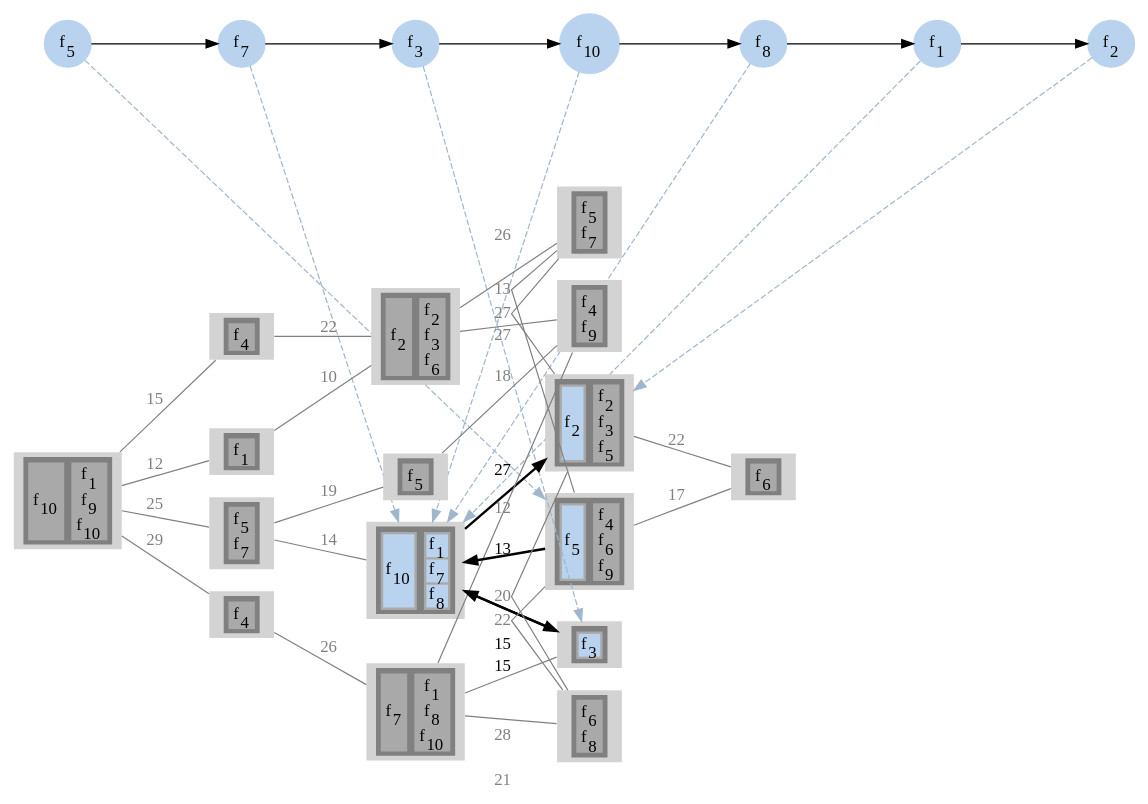
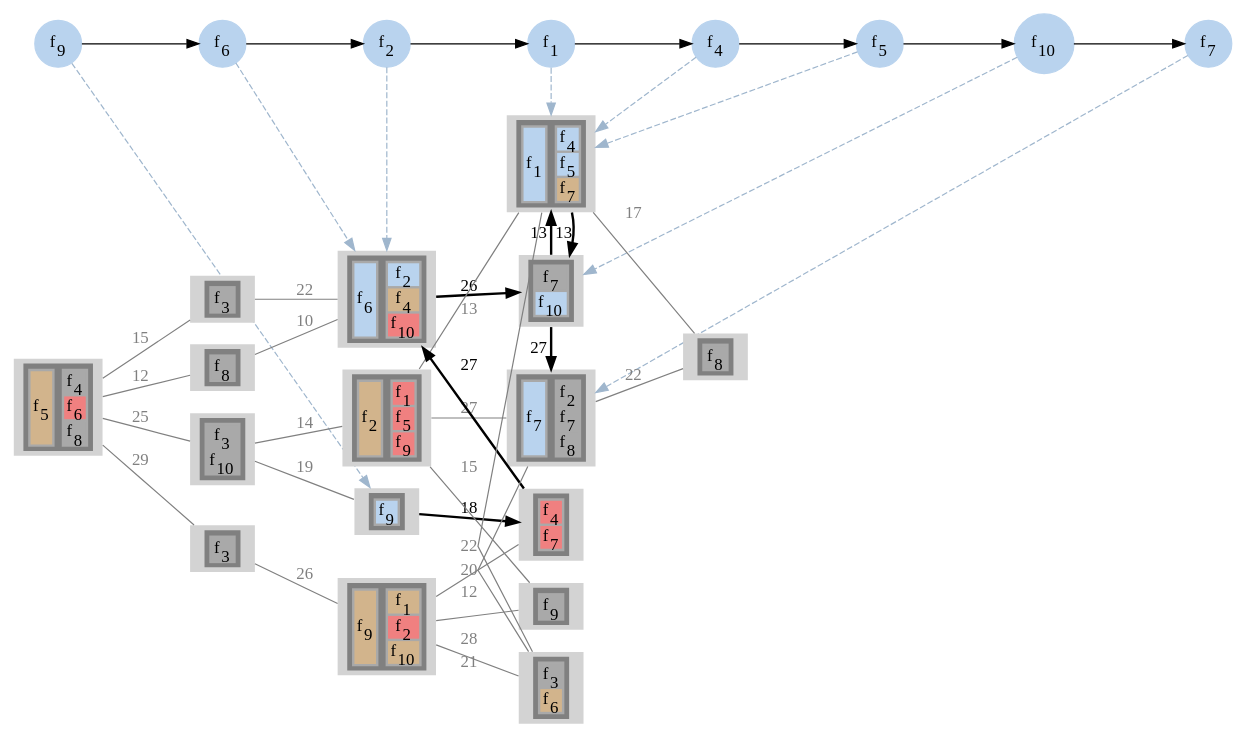
Before and after one commit to prateekshyap/SFC_Placement_in_VNF: the diagram in output/sevenReliabilityOne/gv/sfcAssgn1.gv, drawn with Graphviz. The commit also changed 80 other files, not shown here.

```diff
--- a/output/sevenReliabilityOne/gv/sfcAssgn1.gv
+++ b/output/sevenReliabilityOne/gv/sfcAssgn1.gv
@@ -5,26 +5,29 @@
 subgraph sfc
 {
 node [shape=circle]
+{rank = same; f9; };
+{rank = same; f6; };
+{rank = same; f2; };
+{rank = same; f1; };
+{rank = same; f4; };
 {rank = same; f5; };
+{rank = same; f10; };
 {rank = same; f7; };
-{rank = same; f3; };
-{rank = same; f10; };
-{rank = same; f8; };
-{rank = same; f1; };
-{rank = same; f2; };
+f9[style=filled label=<f<SUB>9</SUB>> color="slategray2"]
+f6[style=filled label=<f<SUB>6</SUB>> color="slategray2"]
+f2[style=filled label=<f<SUB>2</SUB>> color="slategray2"]
+f1[style=filled label=<f<SUB>1</SUB>> color="slategray2"]
+f4[style=filled label=<f<SUB>4</SUB>> color="slategray2"]
 f5[style=filled label=<f<SUB>5</SUB>> color="slategray2"]
+f10[style=filled label=<f<SUB>10</SUB>> color="slategray2"]
 f7[style=filled label=<f<SUB>7</SUB>> color="slategray2"]
-f3[style=filled label=<f<SUB>3</SUB>> color="slategray2"]
-f10[style=filled label=<f<SUB>10</SUB>> color="slategray2"]
-f8[style=filled label=<f<SUB>8</SUB>> color="slategray2"]
-f1[style=filled label=<f<SUB>1</SUB>> color="slategray2"]
-f2[style=filled label=<f<SUB>2</SUB>> color="slategray2"]
-f5 -> f7
-f7 -> f3
-f3 -> f10
-f10 -> f8
-f8 -> f1
-f1 -> f2
+f9 -> f6
+f6 -> f2
+f2 -> f1
+f1 -> f4
+f4 -> f5
+f5 -> f10
+f10 -> f7
 }
 subgraph network
 {
@@ -34,20 +37,316 @@
 {rank = same; 4; 6; 7; 9; };
 {rank = same; 5; 11; 10; 14; 12; 13; };
 {rank = same; 16; };
+7[style=filled
+label=<
+<TABLE BORDER="0" BGCOLOR="gray">
+<TR>
+<TD>
+<TABLE BORDER="0" BGCOLOR="darkgray">
+<TR><TD PORT="f31" BGCOLOR="slategray2">f<SUB>9</SUB></TD></TR>
+</TABLE>
+</TD>
+</TR>
+</TABLE>>]
+
+4[style=filled
+label=<
+<TABLE BORDER="0" BGCOLOR="gray">
+<TR>
+<TD>
+<TABLE BORDER="0" BGCOLOR="darkgray">
+<TR><TD PORT="f19" BGCOLOR="slategray2">f<SUB>6</SUB></TD></TR>
+</TABLE>
+</TD>
+<TD>
+<TABLE BORDER="0" BGCOLOR="darkgray">
+<TR><TD PORT="f4" BGCOLOR="slategray2">f<SUB>2</SUB></TD></TR>
+<TR><TD PORT="f13" BGCOLOR="tan">f<SUB>4</SUB></TD></TR>
+<TR><TD PORT="f37" BGCOLOR="lightcoral">f<SUB>10</SUB></TD></TR>
+</TABLE>
+</TD>
+</TR>
+</TABLE>>]
+
+4[style=filled
+label=<
+<TABLE BORDER="0" BGCOLOR="gray">
+<TR>
+<TD>
+<TABLE BORDER="0" BGCOLOR="darkgray">
+<TR><TD PORT="f19" BGCOLOR="slategray2">f<SUB>6</SUB></TD></TR>
+</TABLE>
+</TD>
+<TD>
+<TABLE BORDER="0" BGCOLOR="darkgray">
+<TR><TD PORT="f4" BGCOLOR="slategray2">f<SUB>2</SUB></TD></TR>
+<TR><TD PORT="f13" BGCOLOR="tan">f<SUB>4</SUB></TD></TR>
+<TR><TD PORT="f37" BGCOLOR="lightcoral">f<SUB>10</SUB></TD></TR>
+</TABLE>
+</TD>
+</TR>
+</TABLE>>]
+
+4[style=filled
+label=<
+<TABLE BORDER="0" BGCOLOR="gray">
+<TR>
+<TD>
+<TABLE BORDER="0" BGCOLOR="darkgray">
+<TR><TD PORT="f19" BGCOLOR="slategray2">f<SUB>6</SUB></TD></TR>
+</TABLE>
+</TD>
+<TD>
+<TABLE BORDER="0" BGCOLOR="darkgray">
+<TR><TD PORT="f4" BGCOLOR="slategray2">f<SUB>2</SUB></TD></TR>
+<TR><TD PORT="f13" BGCOLOR="tan">f<SUB>4</SUB></TD></TR>
+<TR><TD PORT="f37" BGCOLOR="lightcoral">f<SUB>10</SUB></TD></TR>
+</TABLE>
+</TD>
+</TR>
+</TABLE>>]
+
 12[style=filled
 label=<
 <TABLE BORDER="0" BGCOLOR="gray">
 <TR>
 <TD>
 <TABLE BORDER="0" BGCOLOR="darkgray">
+<TR><TD PORT="f1" BGCOLOR="slategray2">f<SUB>1</SUB></TD></TR>
+</TABLE>
+</TD>
+<TD>
+<TABLE BORDER="0" BGCOLOR="darkgray">
+<TR><TD PORT="f12" BGCOLOR="slategray2">f<SUB>4</SUB></TD></TR>
 <TR><TD PORT="f16" BGCOLOR="slategray2">f<SUB>5</SUB></TD></TR>
+<TR><TD PORT="f23" BGCOLOR="tan">f<SUB>7</SUB></TD></TR>
+</TABLE>
+</TD>
+</TR>
+</TABLE>>]
+
+12[style=filled
+label=<
+<TABLE BORDER="0" BGCOLOR="gray">
+<TR>
+<TD>
+<TABLE BORDER="0" BGCOLOR="darkgray">
+<TR><TD PORT="f1" BGCOLOR="slategray2">f<SUB>1</SUB></TD></TR>
+</TABLE>
+</TD>
+<TD>
+<TABLE BORDER="0" BGCOLOR="darkgray">
+<TR><TD PORT="f12" BGCOLOR="slategray2">f<SUB>4</SUB></TD></TR>
+<TR><TD PORT="f16" BGCOLOR="slategray2">f<SUB>5</SUB></TD></TR>
+<TR><TD PORT="f23" BGCOLOR="tan">f<SUB>7</SUB></TD></TR>
+</TABLE>
+</TD>
+</TR>
+</TABLE>>]
+
+12[style=filled
+label=<
+<TABLE BORDER="0" BGCOLOR="gray">
+<TR>
+<TD>
+<TABLE BORDER="0" BGCOLOR="darkgray">
+<TR><TD PORT="f1" BGCOLOR="slategray2">f<SUB>1</SUB></TD></TR>
+</TABLE>
+</TD>
+<TD>
+<TABLE BORDER="0" BGCOLOR="darkgray">
+<TR><TD PORT="f12" BGCOLOR="slategray2">f<SUB>4</SUB></TD></TR>
+<TR><TD PORT="f16" BGCOLOR="slategray2">f<SUB>5</SUB></TD></TR>
+<TR><TD PORT="f23" BGCOLOR="tan">f<SUB>7</SUB></TD></TR>
+</TABLE>
+</TD>
+</TR>
+</TABLE>>]
+
+12[style=filled
+label=<
+<TABLE BORDER="0" BGCOLOR="gray">
+<TR>
+<TD>
+<TABLE BORDER="0" BGCOLOR="darkgray">
+<TR><TD PORT="f1" BGCOLOR="slategray2">f<SUB>1</SUB></TD></TR>
+</TABLE>
+</TD>
+<TD>
+<TABLE BORDER="0" BGCOLOR="darkgray">
+<TR><TD PORT="f12" BGCOLOR="slategray2">f<SUB>4</SUB></TD></TR>
+<TR><TD PORT="f16" BGCOLOR="slategray2">f<SUB>5</SUB></TD></TR>
+<TR><TD PORT="f23" BGCOLOR="tan">f<SUB>7</SUB></TD></TR>
+</TABLE>
+</TD>
+</TR>
+</TABLE>>]
+
+11[style=filled
+label=<
+<TABLE BORDER="0" BGCOLOR="gray">
+<TR>
+<TD>
+<TABLE BORDER="0" BGCOLOR="darkgray">
+<TR><TD PORT="f25" BGCOLOR="darkgray">f<SUB>7</SUB></TD></TR>
+<TR><TD PORT="f35" BGCOLOR="slategray2">f<SUB>10</SUB></TD></TR>
+</TABLE>
+</TD>
+</TR>
+</TABLE>>]
+
+11[style=filled
+label=<
+<TABLE BORDER="0" BGCOLOR="gray">
+<TR>
+<TD>
+<TABLE BORDER="0" BGCOLOR="darkgray">
+<TR><TD PORT="f25" BGCOLOR="darkgray">f<SUB>7</SUB></TD></TR>
+<TR><TD PORT="f35" BGCOLOR="slategray2">f<SUB>10</SUB></TD></TR>
+</TABLE>
+</TD>
+</TR>
+</TABLE>>]
+
+13[style=filled
+label=<
+<TABLE BORDER="0" BGCOLOR="gray">
+<TR>
+<TD>
+<TABLE BORDER="0" BGCOLOR="darkgray">
+<TR><TD PORT="f22" BGCOLOR="slategray2">f<SUB>7</SUB></TD></TR>
+</TABLE>
+</TD>
+<TD>
+<TABLE BORDER="0" BGCOLOR="darkgray">
+<TR><TD PORT="f7" BGCOLOR="darkgray">f<SUB>2</SUB></TD></TR>
+<TR><TD PORT="f26" BGCOLOR="darkgray">f<SUB>7</SUB></TD></TR>
+<TR><TD PORT="f29" BGCOLOR="darkgray">f<SUB>8</SUB></TD></TR>
+</TABLE>
+</TD>
+</TR>
+</TABLE>>]
+
+1[style=filled
+label=<
+<TABLE BORDER="0" BGCOLOR="gray">
+<TR>
+<TD>
+<TABLE BORDER="0" BGCOLOR="darkgray">
+<TR><TD PORT="f17" BGCOLOR="tan">f<SUB>5</SUB></TD></TR>
 </TABLE>
 </TD>
 <TD>
 <TABLE BORDER="0" BGCOLOR="darkgray">
 <TR><TD PORT="f15" BGCOLOR="darkgray">f<SUB>4</SUB></TD></TR>
-<TR><TD PORT="f23" BGCOLOR="darkgray">f<SUB>6</SUB></TD></TR>
-<TR><TD PORT="f32" BGCOLOR="darkgray">f<SUB>9</SUB></TD></TR>
+<TR><TD PORT="f21" BGCOLOR="lightcoral">f<SUB>6</SUB></TD></TR>
+<TR><TD PORT="f27" BGCOLOR="darkgray">f<SUB>8</SUB></TD></TR>
+</TABLE>
+</TD>
+</TR>
+</TABLE>>]
+
+2[style=filled
+label=<
+<TABLE BORDER="0" BGCOLOR="gray">
+<TR>
+<TD>
+<TABLE BORDER="0" BGCOLOR="darkgray">
+<TR><TD PORT="f28" BGCOLOR="darkgray">f<SUB>8</SUB></TD></TR>
+</TABLE>
+</TD>
+</TR>
+</TABLE>>]
+
+3[style=filled
+label=<
+<TABLE BORDER="0" BGCOLOR="gray">
+<TR>
+<TD>
+<TABLE BORDER="0" BGCOLOR="darkgray">
+<TR><TD PORT="f10" BGCOLOR="darkgray">f<SUB>3</SUB></TD></TR>
+</TABLE>
+</TD>
+</TR>
+</TABLE>>]
+
+8[style=filled
+label=<
+<TABLE BORDER="0" BGCOLOR="gray">
+<TR>
+<TD>
+<TABLE BORDER="0" BGCOLOR="darkgray">
+<TR><TD PORT="f8" BGCOLOR="darkgray">f<SUB>3</SUB></TD></TR>
+<TR><TD PORT="f38" BGCOLOR="darkgray">f<SUB>10</SUB></TD></TR>
+</TABLE>
+</TD>
+</TR>
+</TABLE>>]
+
+15[style=filled
+label=<
+<TABLE BORDER="0" BGCOLOR="gray">
+<TR>
+<TD>
+<TABLE BORDER="0" BGCOLOR="darkgray">
+<TR><TD PORT="f11" BGCOLOR="darkgray">f<SUB>3</SUB></TD></TR>
+</TABLE>
+</TD>
+</TR>
+</TABLE>>]
+
+6[style=filled
+label=<
+<TABLE BORDER="0" BGCOLOR="gray">
+<TR>
+<TD>
+<TABLE BORDER="0" BGCOLOR="darkgray">
+<TR><TD PORT="f32" BGCOLOR="tan">f<SUB>9</SUB></TD></TR>
+</TABLE>
+</TD>
+<TD>
+<TABLE BORDER="0" BGCOLOR="darkgray">
+<TR><TD PORT="f2" BGCOLOR="tan">f<SUB>1</SUB></TD></TR>
+<TR><TD PORT="f6" BGCOLOR="lightcoral">f<SUB>2</SUB></TD></TR>
+<TR><TD PORT="f36" BGCOLOR="tan">f<SUB>10</SUB></TD></TR>
+</TABLE>
+</TD>
+</TR>
+</TABLE>>]
+
+5[style=filled
+label=<
+<TABLE BORDER="0" BGCOLOR="gray">
+<TR>
+<TD>
+<TABLE BORDER="0" BGCOLOR="darkgray">
+<TR><TD PORT="f14" BGCOLOR="lightcoral">f<SUB>4</SUB></TD></TR>
+<TR><TD PORT="f24" BGCOLOR="lightcoral">f<SUB>7</SUB></TD></TR>
+</TABLE>
+</TD>
+</TR>
+</TABLE>>]
+
+10[style=filled
+label=<
+<TABLE BORDER="0" BGCOLOR="gray">
+<TR>
+<TD>
+<TABLE BORDER="0" BGCOLOR="darkgray">
+<TR><TD PORT="f34" BGCOLOR="darkgray">f<SUB>9</SUB></TD></TR>
+</TABLE>
+</TD>
+</TR>
+</TABLE>>]
+
+14[style=filled
+label=<
+<TABLE BORDER="0" BGCOLOR="gray">
+<TR>
+<TD>
+<TABLE BORDER="0" BGCOLOR="darkgray">
+<TR><TD PORT="f9" BGCOLOR="darkgray">f<SUB>3</SUB></TD></TR>
+<TR><TD PORT="f20" BGCOLOR="tan">f<SUB>6</SUB></TD></TR>
 </TABLE>
 </TD>
 </TR>
@@ -59,290 +358,14 @@
 <TR>
 <TD>
 <TABLE BORDER="0" BGCOLOR="darkgray">
-<TR><TD PORT="f35" BGCOLOR="slategray2">f<SUB>10</SUB></TD></TR>
+<TR><TD PORT="f5" BGCOLOR="tan">f<SUB>2</SUB></TD></TR>
 </TABLE>
 </TD>
 <TD>
 <TABLE BORDER="0" BGCOLOR="darkgray">
-<TR><TD PORT="f1" BGCOLOR="slategray2">f<SUB>1</SUB></TD></TR>
-<TR><TD PORT="f25" BGCOLOR="slategray2">f<SUB>7</SUB></TD></TR>
-<TR><TD PORT="f29" BGCOLOR="slategray2">f<SUB>8</SUB></TD></TR>
-</TABLE>
-</TD>
-</TR>
-</TABLE>>]
-
-9[style=filled
-label=<
-<TABLE BORDER="0" BGCOLOR="gray">
-<TR>
-<TD>
-<TABLE BORDER="0" BGCOLOR="darkgray">
-<TR><TD PORT="f35" BGCOLOR="slategray2">f<SUB>10</SUB></TD></TR>
-</TABLE>
-</TD>
-<TD>
-<TABLE BORDER="0" BGCOLOR="darkgray">
-<TR><TD PORT="f1" BGCOLOR="slategray2">f<SUB>1</SUB></TD></TR>
-<TR><TD PORT="f25" BGCOLOR="slategray2">f<SUB>7</SUB></TD></TR>
-<TR><TD PORT="f29" BGCOLOR="slategray2">f<SUB>8</SUB></TD></TR>
-</TABLE>
-</TD>
-</TR>
-</TABLE>>]
-
-10[style=filled
-label=<
-<TABLE BORDER="0" BGCOLOR="gray">
-<TR>
-<TD>
-<TABLE BORDER="0" BGCOLOR="darkgray">
-<TR><TD PORT="f9" BGCOLOR="slategray2">f<SUB>3</SUB></TD></TR>
-</TABLE>
-</TD>
-</TR>
-</TABLE>>]
-
-10[style=filled
-label=<
-<TABLE BORDER="0" BGCOLOR="gray">
-<TR>
-<TD>
-<TABLE BORDER="0" BGCOLOR="darkgray">
-<TR><TD PORT="f9" BGCOLOR="slategray2">f<SUB>3</SUB></TD></TR>
-</TABLE>
-</TD>
-</TR>
-</TABLE>>]
-
-9[style=filled
-label=<
-<TABLE BORDER="0" BGCOLOR="gray">
-<TR>
-<TD>
-<TABLE BORDER="0" BGCOLOR="darkgray">
-<TR><TD PORT="f35" BGCOLOR="slategray2">f<SUB>10</SUB></TD></TR>
-</TABLE>
-</TD>
-<TD>
-<TABLE BORDER="0" BGCOLOR="darkgray">
-<TR><TD PORT="f1" BGCOLOR="slategray2">f<SUB>1</SUB></TD></TR>
-<TR><TD PORT="f25" BGCOLOR="slategray2">f<SUB>7</SUB></TD></TR>
-<TR><TD PORT="f29" BGCOLOR="slategray2">f<SUB>8</SUB></TD></TR>
-</TABLE>
-</TD>
-</TR>
-</TABLE>>]
-
-9[style=filled
-label=<
-<TABLE BORDER="0" BGCOLOR="gray">
-<TR>
-<TD>
-<TABLE BORDER="0" BGCOLOR="darkgray">
-<TR><TD PORT="f35" BGCOLOR="slategray2">f<SUB>10</SUB></TD></TR>
-</TABLE>
-</TD>
-<TD>
-<TABLE BORDER="0" BGCOLOR="darkgray">
-<TR><TD PORT="f1" BGCOLOR="slategray2">f<SUB>1</SUB></TD></TR>
-<TR><TD PORT="f25" BGCOLOR="slategray2">f<SUB>7</SUB></TD></TR>
-<TR><TD PORT="f29" BGCOLOR="slategray2">f<SUB>8</SUB></TD></TR>
-</TABLE>
-</TD>
-</TR>
-</TABLE>>]
-
-9[style=filled
-label=<
-<TABLE BORDER="0" BGCOLOR="gray">
-<TR>
-<TD>
-<TABLE BORDER="0" BGCOLOR="darkgray">
-<TR><TD PORT="f35" BGCOLOR="slategray2">f<SUB>10</SUB></TD></TR>
-</TABLE>
-</TD>
-<TD>
-<TABLE BORDER="0" BGCOLOR="darkgray">
-<TR><TD PORT="f1" BGCOLOR="slategray2">f<SUB>1</SUB></TD></TR>
-<TR><TD PORT="f25" BGCOLOR="slategray2">f<SUB>7</SUB></TD></TR>
-<TR><TD PORT="f29" BGCOLOR="slategray2">f<SUB>8</SUB></TD></TR>
-</TABLE>
-</TD>
-</TR>
-</TABLE>>]
-
-13[style=filled
-label=<
-<TABLE BORDER="0" BGCOLOR="gray">
-<TR>
-<TD>
-<TABLE BORDER="0" BGCOLOR="darkgray">
-<TR><TD PORT="f5" BGCOLOR="slategray2">f<SUB>2</SUB></TD></TR>
-</TABLE>
-</TD>
-<TD>
-<TABLE BORDER="0" BGCOLOR="darkgray">
-<TR><TD PORT="f8" BGCOLOR="darkgray">f<SUB>2</SUB></TD></TR>
-<TR><TD PORT="f11" BGCOLOR="darkgray">f<SUB>3</SUB></TD></TR>
-<TR><TD PORT="f20" BGCOLOR="darkgray">f<SUB>5</SUB></TD></TR>
-</TABLE>
-</TD>
-</TR>
-</TABLE>>]
-
-1[style=filled
-label=<
-<TABLE BORDER="0" BGCOLOR="gray">
-<TR>
-<TD>
-<TABLE BORDER="0" BGCOLOR="darkgray">
-<TR><TD PORT="f37" BGCOLOR="darkgray">f<SUB>10</SUB></TD></TR>
-</TABLE>
-</TD>
-<TD>
-<TABLE BORDER="0" BGCOLOR="darkgray">
-<TR><TD PORT="f3" BGCOLOR="darkgray">f<SUB>1</SUB></TD></TR>
-<TR><TD PORT="f33" BGCOLOR="darkgray">f<SUB>9</SUB></TD></TR>
-<TR><TD PORT="f38" BGCOLOR="darkgray">f<SUB>10</SUB></TD></TR>
-</TABLE>
-</TD>
-</TR>
-</TABLE>>]
-
-2[style=filled
-label=<
-<TABLE BORDER="0" BGCOLOR="gray">
-<TR>
-<TD>
-<TABLE BORDER="0" BGCOLOR="darkgray">
-<TR><TD PORT="f2" BGCOLOR="darkgray">f<SUB>1</SUB></TD></TR>
-</TABLE>
-</TD>
-</TR>
-</TABLE>>]
-
-3[style=filled
-label=<
-<TABLE BORDER="0" BGCOLOR="gray">
-<TR>
-<TD>
-<TABLE BORDER="0" BGCOLOR="darkgray">
-<TR><TD PORT="f12" BGCOLOR="darkgray">f<SUB>4</SUB></TD></TR>
-</TABLE>
-</TD>
-</TR>
-</TABLE>>]
-
-8[style=filled
-label=<
-<TABLE BORDER="0" BGCOLOR="gray">
-<TR>
-<TD>
-<TABLE BORDER="0" BGCOLOR="darkgray">
-<TR><TD PORT="f18" BGCOLOR="darkgray">f<SUB>5</SUB></TD></TR>
-<TR><TD PORT="f28" BGCOLOR="darkgray">f<SUB>7</SUB></TD></TR>
-</TABLE>
-</TD>
-</TR>
-</TABLE>>]
-
-15[style=filled
-label=<
-<TABLE BORDER="0" BGCOLOR="gray">
-<TR>
-<TD>
-<TABLE BORDER="0" BGCOLOR="darkgray">
-<TR><TD PORT="f13" BGCOLOR="darkgray">f<SUB>4</SUB></TD></TR>
-</TABLE>
-</TD>
-</TR>
-</TABLE>>]
-
-4[style=filled
-label=<
-<TABLE BORDER="0" BGCOLOR="gray">
-<TR>
-<TD>
-<TABLE BORDER="0" BGCOLOR="darkgray">
-<TR><TD PORT="f6" BGCOLOR="darkgray">f<SUB>2</SUB></TD></TR>
-</TABLE>
-</TD>
-<TD>
-<TABLE BORDER="0" BGCOLOR="darkgray">
-<TR><TD PORT="f7" BGCOLOR="darkgray">f<SUB>2</SUB></TD></TR>
-<TR><TD PORT="f10" BGCOLOR="darkgray">f<SUB>3</SUB></TD></TR>
-<TR><TD PORT="f22" BGCOLOR="darkgray">f<SUB>6</SUB></TD></TR>
-</TABLE>
-</TD>
-</TR>
-</TABLE>>]
-
-6[style=filled
-label=<
-<TABLE BORDER="0" BGCOLOR="gray">
-<TR>
-<TD>
-<TABLE BORDER="0" BGCOLOR="darkgray">
-<TR><TD PORT="f26" BGCOLOR="darkgray">f<SUB>7</SUB></TD></TR>
-</TABLE>
-</TD>
-<TD>
-<TABLE BORDER="0" BGCOLOR="darkgray">
-<TR><TD PORT="f4" BGCOLOR="darkgray">f<SUB>1</SUB></TD></TR>
-<TR><TD PORT="f30" BGCOLOR="darkgray">f<SUB>8</SUB></TD></TR>
-<TR><TD PORT="f36" BGCOLOR="darkgray">f<SUB>10</SUB></TD></TR>
-</TABLE>
-</TD>
-</TR>
-</TABLE>>]
-
-5[style=filled
-label=<
-<TABLE BORDER="0" BGCOLOR="gray">
-<TR>
-<TD>
-<TABLE BORDER="0" BGCOLOR="darkgray">
-<TR><TD PORT="f14" BGCOLOR="darkgray">f<SUB>4</SUB></TD></TR>
-<TR><TD PORT="f34" BGCOLOR="darkgray">f<SUB>9</SUB></TD></TR>
-</TABLE>
-</TD>
-</TR>
-</TABLE>>]
-
-11[style=filled
-label=<
-<TABLE BORDER="0" BGCOLOR="gray">
-<TR>
-<TD>
-<TABLE BORDER="0" BGCOLOR="darkgray">
-<TR><TD PORT="f17" BGCOLOR="darkgray">f<SUB>5</SUB></TD></TR>
-<TR><TD PORT="f27" BGCOLOR="darkgray">f<SUB>7</SUB></TD></TR>
-</TABLE>
-</TD>
-</TR>
-</TABLE>>]
-
-7[style=filled
-label=<
-<TABLE BORDER="0" BGCOLOR="gray">
-<TR>
-<TD>
-<TABLE BORDER="0" BGCOLOR="darkgray">
-<TR><TD PORT="f19" BGCOLOR="darkgray">f<SUB>5</SUB></TD></TR>
-</TABLE>
-</TD>
-</TR>
-</TABLE>>]
-
-14[style=filled
-label=<
-<TABLE BORDER="0" BGCOLOR="gray">
-<TR>
-<TD>
-<TABLE BORDER="0" BGCOLOR="darkgray">
-<TR><TD PORT="f21" BGCOLOR="darkgray">f<SUB>6</SUB></TD></TR>
-<TR><TD PORT="f31" BGCOLOR="darkgray">f<SUB>8</SUB></TD></TR>
+<TR><TD PORT="f3" BGCOLOR="lightcoral">f<SUB>1</SUB></TD></TR>
+<TR><TD PORT="f18" BGCOLOR="lightcoral">f<SUB>5</SUB></TD></TR>
+<TR><TD PORT="f33" BGCOLOR="lightcoral">f<SUB>9</SUB></TD></TR>
 </TABLE>
 </TD>
 </TR>
@@ -354,44 +377,45 @@
 <TR>
 <TD>
 <TABLE BORDER="0" BGCOLOR="darkgray">
-<TR><TD PORT="f24" BGCOLOR="darkgray">f<SUB>6</SUB></TD></TR>
+<TR><TD PORT="f30" BGCOLOR="darkgray">f<SUB>8</SUB></TD></TR>
 </TABLE>
 </TD>
 </TR>
 </TABLE>>]
 
-12 -> 9[label="13" color="black" penwidth=2]
-9 -> 10[label="15" color="black" penwidth=2]
-10 -> 9[label="15" color="black" penwidth=2]
-9 -> 13[label="27" color="black" penwidth=2]
+7 -> 5[label="18" color="black" penwidth=2]
+5 -> 4[label="27" color="black" penwidth=2]
+4 -> 11[label="26" color="black" penwidth=2]
+11 -> 12[label="13" color="black" penwidth=2]
+12 -> 11[label="13" color="black" penwidth=2]
+11 -> 13[label="27" color="black" penwidth=2]
 1 -> 2[label="12" color="gray" fontcolor="gray" dir = none]
 1 -> 3[label="29" color="gray" fontcolor="gray" dir = none]
 1 -> 8[label="25" color="gray" fontcolor="gray" dir = none]
 1 -> 15[label="15" color="gray" fontcolor="gray" dir = none]
 2 -> 4[label="10" color="gray" fontcolor="gray" dir = none]
 3 -> 6[label="26" color="gray" fontcolor="gray" dir = none]
-4 -> 5[label="27" color="gray" fontcolor="gray" dir = none]
-4 -> 11[label="26" color="gray" fontcolor="gray" dir = none]
 4 -> 15[label="22" color="gray" fontcolor="gray" dir = none]
 5 -> 6[label="12" color="gray" fontcolor="gray" dir = none]
-5 -> 7[label="18" color="gray" fontcolor="gray" dir = none]
 6 -> 10[label="28" color="gray" fontcolor="gray" dir = none]
 6 -> 14[label="21" color="gray" fontcolor="gray" dir = none]
 7 -> 8[label="19" color="gray" fontcolor="gray" dir = none]
 8 -> 9[label="14" color="gray" fontcolor="gray" dir = none]
-11 -> 12[label="13" color="gray" fontcolor="gray" dir = none]
-11 -> 13[label="27" color="gray" fontcolor="gray" dir = none]
+9 -> 10[label="15" color="gray" fontcolor="gray" dir = none]
+9 -> 12[label="13" color="gray" fontcolor="gray" dir = none]
+9 -> 13[label="27" color="gray" fontcolor="gray" dir = none]
 12 -> 14[label="22" color="gray" fontcolor="gray" dir = none]
 12 -> 16[label="17" color="gray" fontcolor="gray" dir = none]
 13 -> 14[label="20" color="gray" fontcolor="gray" dir = none]
 13 -> 16[label="22" color="gray" fontcolor="gray" dir = none]
 }
 splines=false
+f9 -> 7[color="slategray3" style=dashed constraint=false]
+f6 -> 4[color="slategray3" style=dashed constraint=false]
+f2 -> 4[color="slategray3" style=dashed constraint=false]
+f1 -> 12[color="slategray3" style=dashed constraint=false]
+f4 -> 12[color="slategray3" style=dashed constraint=false]
 f5 -> 12[color="slategray3" style=dashed constraint=false]
-f7 -> 9[color="slategray3" style=dashed constraint=false]
-f3 -> 10[color="slategray3" style=dashed constraint=false]
-f10 -> 9[color="slategray3" style=dashed constraint=false]
-f8 -> 9[color="slategray3" style=dashed constraint=false]
-f1 -> 9[color="slategray3" style=dashed constraint=false]
-f2 -> 13[color="slategray3" style=dashed constraint=false]
+f10 -> 11[color="slategray3" style=dashed constraint=false]
+f7 -> 13[color="slategray3" style=dashed constraint=false]
 }
```
